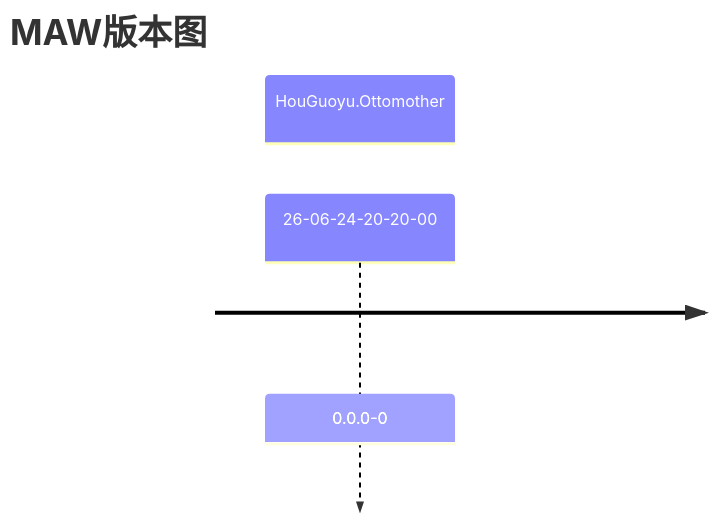
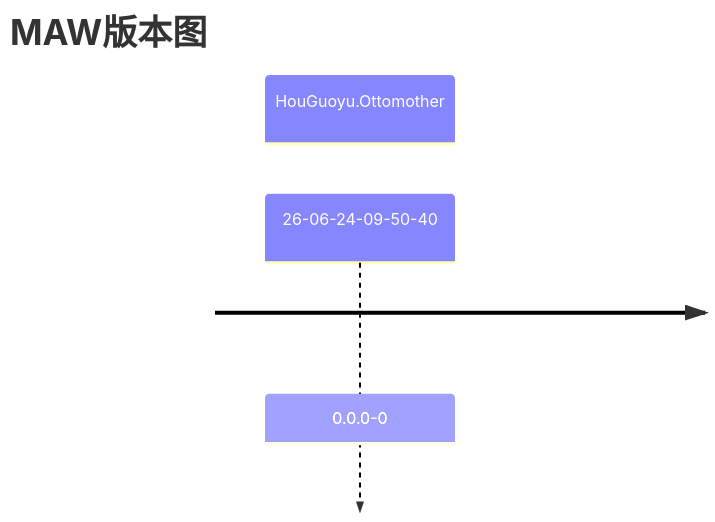
Before and after one commit to ASSR-ASS/My_Awesome_Contents: the second of 2 diagrams in Contents/Public/项目/MAW-Overview.md, drawn with Mermaid.

Commit message:
My Awesome Commit at 26-06-25-09-50-46 via DESKTOP-OE8KE2D with 1 file(s) changed

````diff
--- a/Contents/Public/项目/MAW-Overview.md
+++ b/Contents/Public/项目/MAW-Overview.md
@@ -78,11 +78,11 @@
 ```mermaid
 timeline
     %% 完整版本名示例如下，*代表一位数字
     %% section Lorem.Ipsum
     %% **-**-**-**-**-** : *.*.*-*+Lorem.Ipsum
     %% +及其之后内容应：仅由 ASCII 字母数字和连接号组成，原分隔符处理结果应该遵循驼峰命名法，首字母大写，可省略。
 	title MAW版本图
 	section HouGuoyu.Ottomother
-	26-06-24-20-20-00 : 0.0.0-0
+	26-06-24-09-50-40 : 0.0.0-0
 
 ```
````
